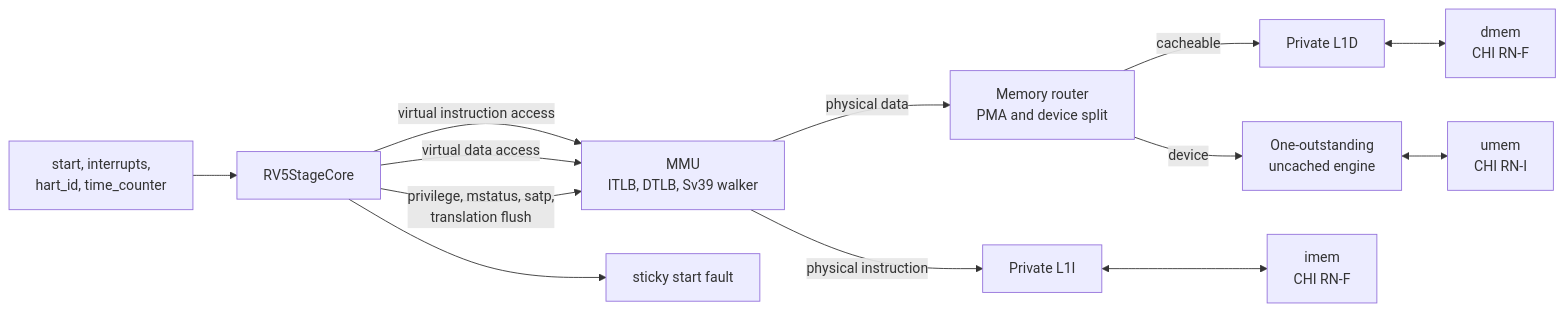
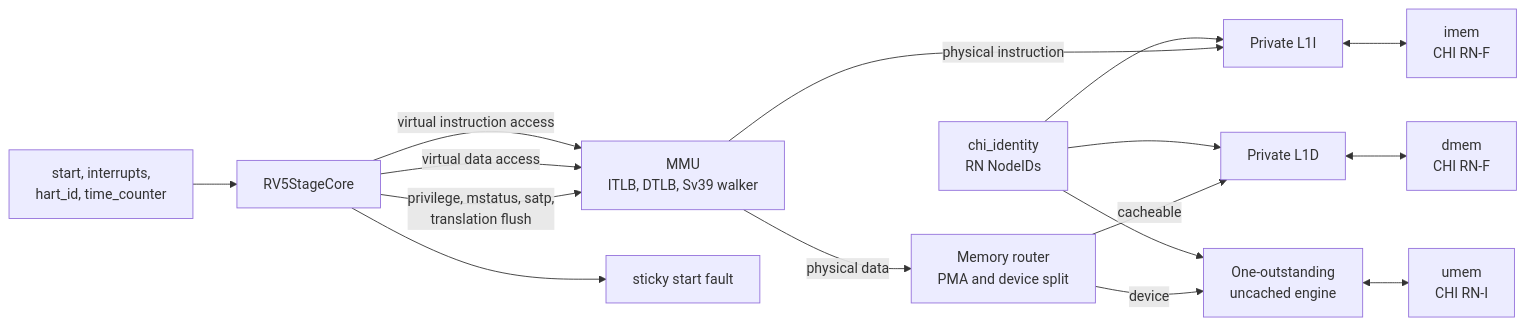
Before and after one commit to jerryz123/rhdl: the second of 2 diagrams in cores/rv5stage/README.md, drawn with Mermaid. The commit also changed other lines of this file and 4 other files, not shown here.

````diff
--- a/cores/rv5stage/README.md
+++ b/cores/rv5stage/README.md
@@ -212,19 +221,22 @@
 ```mermaid
 flowchart LR
     START["start, interrupts,<br/>hart_id, time_counter"] --> CORE["RV5StageCore"]
+    IDENTITY["chi_identity<br/>RN NodeIDs"] --> L1I
+    IDENTITY --> L1D
+    IDENTITY --> UNCACHED
 
     CORE -->|"virtual instruction access"| MMU["MMU<br/>ITLB, DTLB, Sv39 walker"]
     CORE -->|"virtual data access"| MMU
     CORE -->|"privilege, mstatus, satp,<br/>translation flush"| MMU
 
     MMU -->|"physical instruction"| L1I["Private L1I"]
     MMU -->|"physical data"| ROUTER["Memory router<br/>PMA and device split"]
     ROUTER -->|"cacheable"| L1D["Private L1D"]
     ROUTER -->|"device"| UNCACHED["One-outstanding<br/>uncached engine"]
 
     L1I <--> IMEM["imem<br/>CHI RN-F"]
     L1D <--> DMEM["dmem<br/>CHI RN-F"]
     UNCACHED <--> UMEM["umem<br/>CHI RN-I"]
 
     CORE --> FAULT["sticky start fault"]
 ```
````
